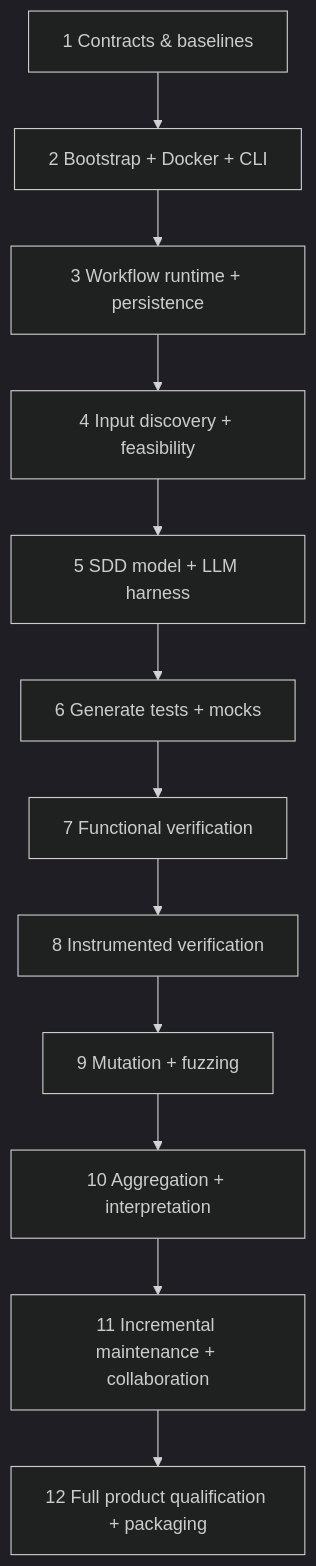
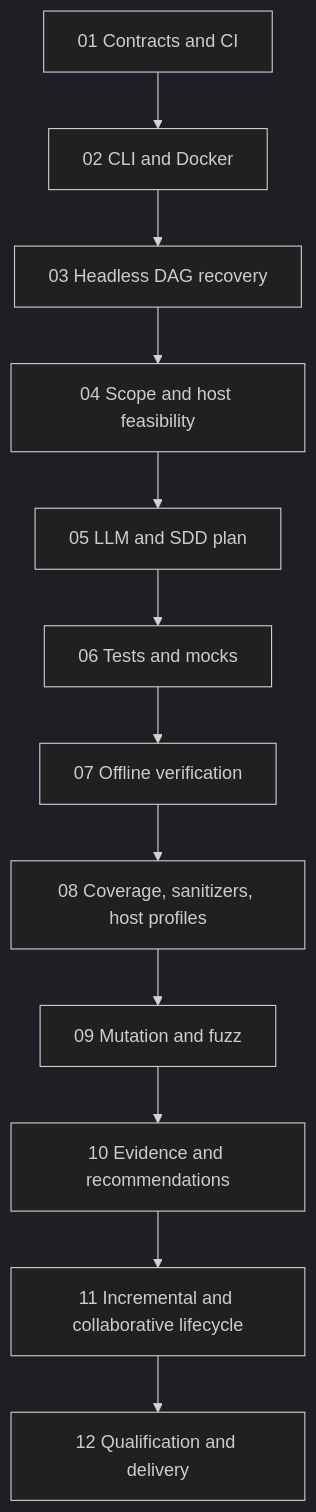
One commit to aradenac/utest-machinery changed the diagram in docs/plan/implementation.md. Above: the diagram before and after it, drawn with Mermaid (dark theme). The commit also changed other lines of this file, not shown here.

Commit message:
plan: replace broad phases with gated PR-by-PR implementation instructions

````diff
--- a/docs/plan/implementation.md
+++ b/docs/plan/implementation.md
@@ -5,14 +5,14 @@
 ```mermaid
 flowchart TD
-  A["1 Contracts & baselines"] --> B["2 Bootstrap + Docker + CLI"]
-  B --> C["3 Workflow runtime + persistence"]
-  C --> D["4 Input discovery + feasibility"]
-  D --> E["5 SDD model + LLM harness"]
-  E --> F["6 Generate tests + mocks"]
-  F --> G["7 Functional verification"]
-  G --> H["8 Instrumented verification"]
-  H --> I["9 Mutation + fuzzing"]
-  I --> J["10 Aggregation + interpretation"]
-  J --> K["11 Incremental maintenance + collaboration"]
-  K --> L["12 Full product qualification + packaging"]
+  A["01 Contracts and CI"] --> B["02 CLI and Docker"]
+  B --> C["03 Headless DAG recovery"]
+  C --> D["04 Scope and host feasibility"]
+  D --> E["05 LLM and SDD plan"]
+  E --> F["06 Tests and mocks"]
+  F --> G["07 Offline verification"]
+  G --> H["08 Coverage, sanitizers, host profiles"]
+  H --> I["09 Mutation and fuzz"]
+  I --> J["10 Evidence and recommendations"]
+  J --> K["11 Incremental and collaborative lifecycle"]
+  K --> L["12 Qualification and delivery"]
 ```
````
